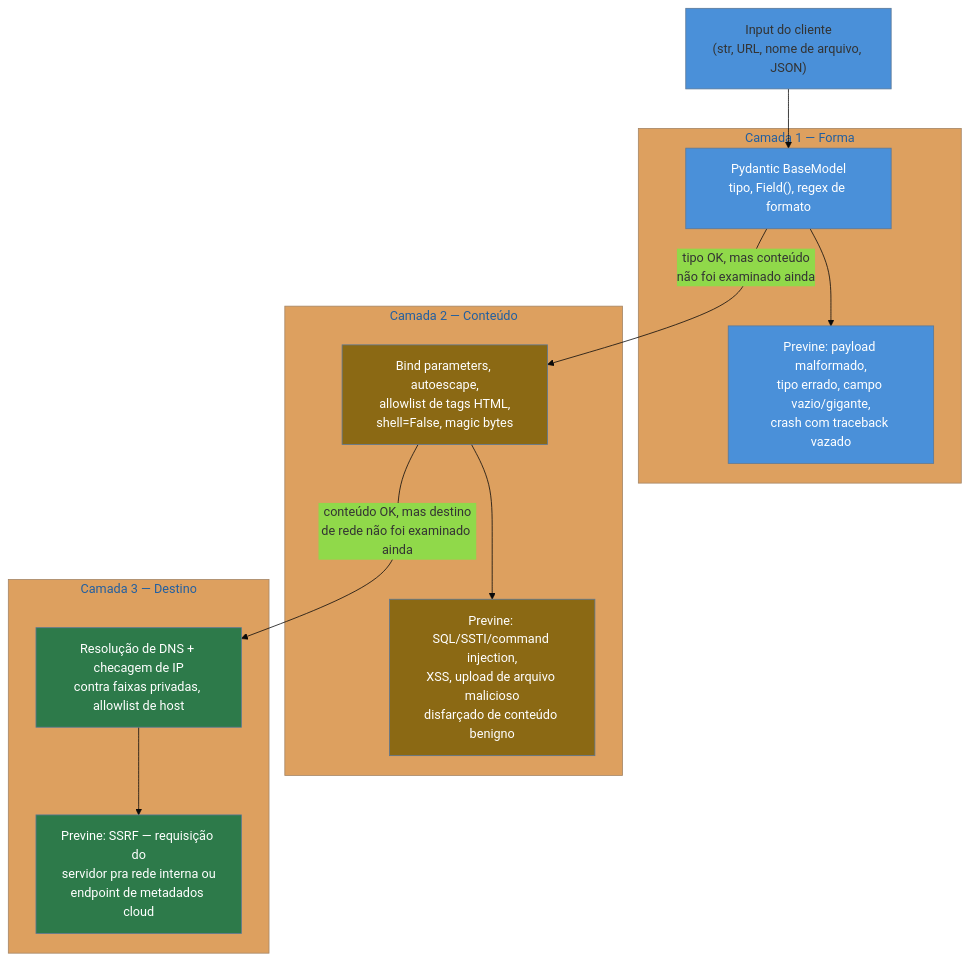
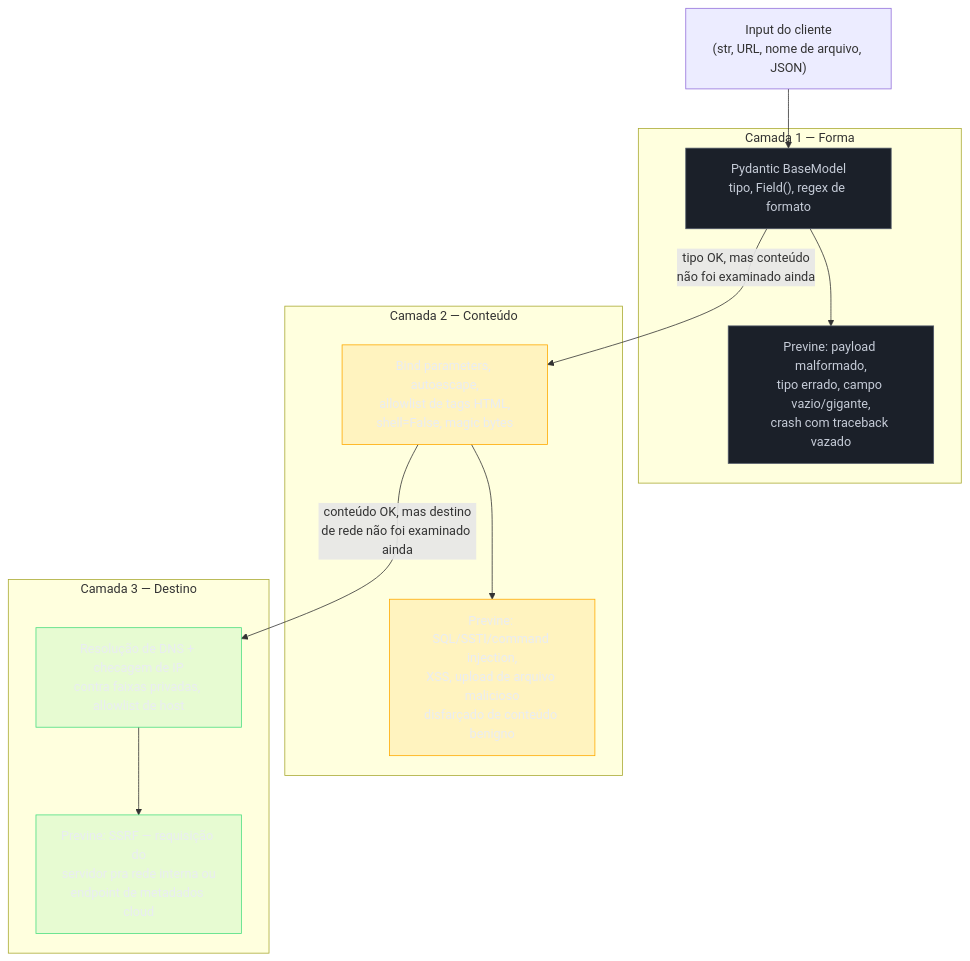
Before and after one commit to josenaldo/codex-technomanticus: the diagram in 03-Dominios/Tecnologia/Python/Segurança/04 - Validação de input como controle de segurança.md, drawn with Mermaid. The commit also changed 1181 other files, not shown here.

First line of the commit message:
fix(diagramas): paleta do sistema no lugar de cor cravada no markdown

````diff
--- a/03-Dominios/Tecnologia/Python/Segurança/04 - Validação de input como controle de segurança.md
+++ b/03-Dominios/Tecnologia/Python/Segurança/04 - Validação de input como controle de segurança.md
@@ -132,34 +132,36 @@
 ```mermaid
-%%{init: {"theme": "base", "themeVariables": {"primaryColor": "#4A90D9"}}}%%
 flowchart TB
+    classDef neutro fill:#1B2029,stroke:#4E5666,color:#C6CCD8
+    classDef destaque fill:#FFAA0024,stroke:#FFAA00,color:#E9ECF2
+    classDef ok fill:#4ADE8021,stroke:#4ADE80,color:#E9ECF2
     INPUT["Input do cliente\n(str, URL, nome de arquivo, JSON)"]
 
     subgraph L1["Camada 1 — Forma"]
         TIPO["Pydantic BaseModel\ntipo, Field(), regex de formato"]
         PREVINE1["Previne: payload malformado,\ntipo errado, campo vazio/gigante,\ncrash com traceback vazado"]
     end
 
     subgraph L2["Camada 2 — Conteúdo"]
         CONTEUDO["Bind parameters, autoescape,\nallowlist de tags HTML,\nshell=False, magic bytes"]
         PREVINE2["Previne: SQL/SSTI/command injection,\nXSS, upload de arquivo malicioso\ndisfarçado de conteúdo benigno"]
     end
 
     subgraph L3["Camada 3 — Destino"]
         DESTINO["Resolução de DNS + checagem de IP\ncontra faixas privadas, allowlist de host"]
         PREVINE3["Previne: SSRF — requisição do\nservidor pra rede interna ou\nendpoint de metadados cloud"]
     end
 
     INPUT --> TIPO
     TIPO --> PREVINE1
     TIPO -->|"tipo OK, mas conteúdo\nnão foi examinado ainda"| CONTEUDO
     CONTEUDO --> PREVINE2
     CONTEUDO -->|"conteúdo OK, mas destino\nde rede não foi examinado ainda"| DESTINO
     DESTINO --> PREVINE3
 
-    style TIPO fill:#4A90D9,color:#fff
-    style CONTEUDO fill:#8b6914,color:#fff
-    style DESTINO fill:#2d7a4a,color:#fff
-    style PREVINE1 fill:#4A90D9,color:#fff
-    style PREVINE2 fill:#8b6914,color:#fff
-    style PREVINE3 fill:#2d7a4a,color:#fff
+    class TIPO neutro
+    class CONTEUDO destaque
+    class DESTINO ok
+    class PREVINE1 neutro
+    class PREVINE2 destaque
+    class PREVINE3 ok
 ```
````
